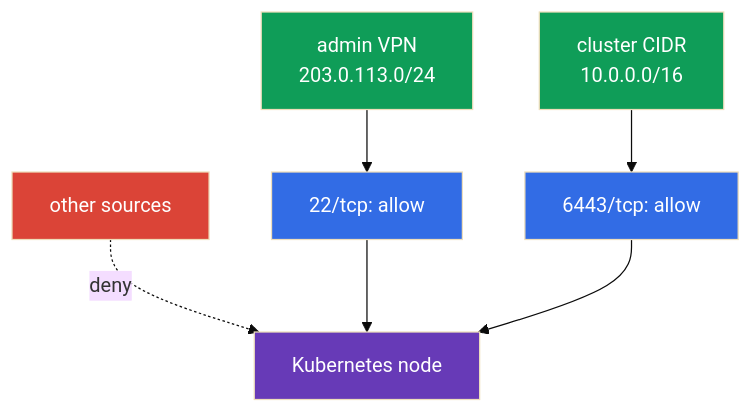
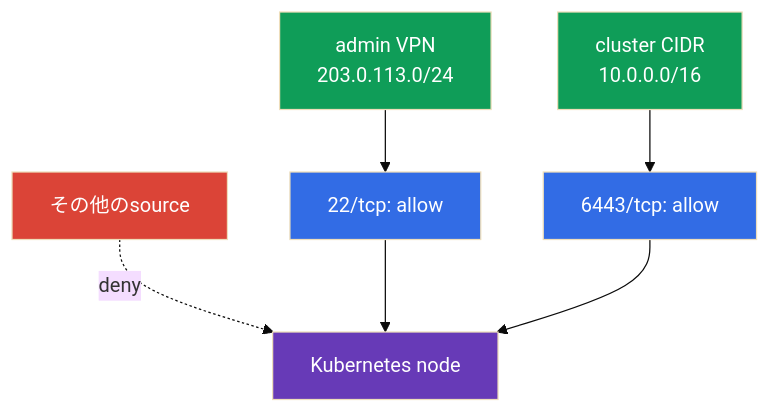
One commit to ViktorUJ/cks changed the second of 2 diagrams in tasks/cks/course/15/jp.md. Above: the diagram before and after it, drawn with Mermaid (base theme). The commit also changed other lines of this file and 280 other files, not shown here.

````diff
--- a/tasks/cks/course/15/jp.md
+++ b/tasks/cks/course/15/jp.md
@@ -284,14 +290,14 @@
 ```mermaid
 flowchart TB
     admin["admin VPN<br/>203.0.113.0/24"] --> ssh["22/tcp: allow"]
     nodes["cluster CIDR<br/>10.0.0.0/16"] --> api["6443/tcp: allow"]
-    internet["other sources"] -. "deny" .-> node["Kubernetes node"]
+    internet["その他のsource"] -. "deny" .-> node["Kubernetes node"]
     ssh --> node
     api --> node
     style admin fill:#0f9d58,color:#fff
     style nodes fill:#0f9d58,color:#fff
     style internet fill:#db4437,color:#fff
     style ssh fill:#326ce5,color:#fff
     style api fill:#326ce5,color:#fff
     style node fill:#673ab7,color:#fff
 ```
````
